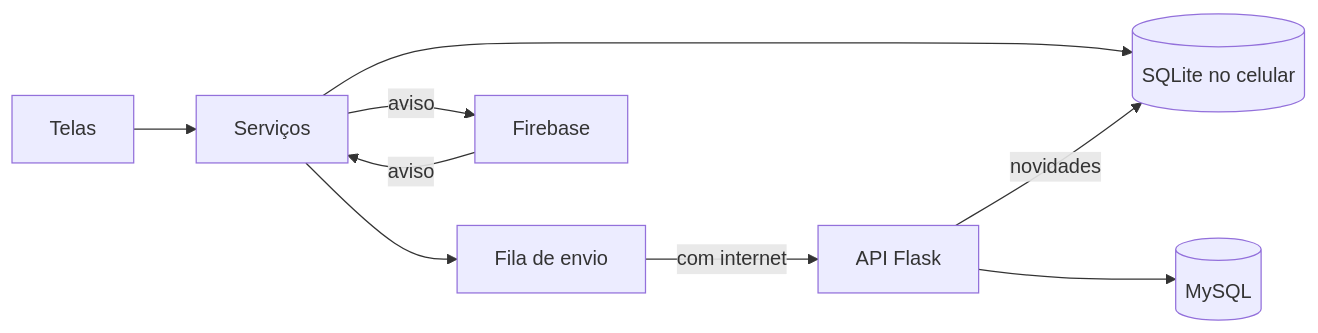
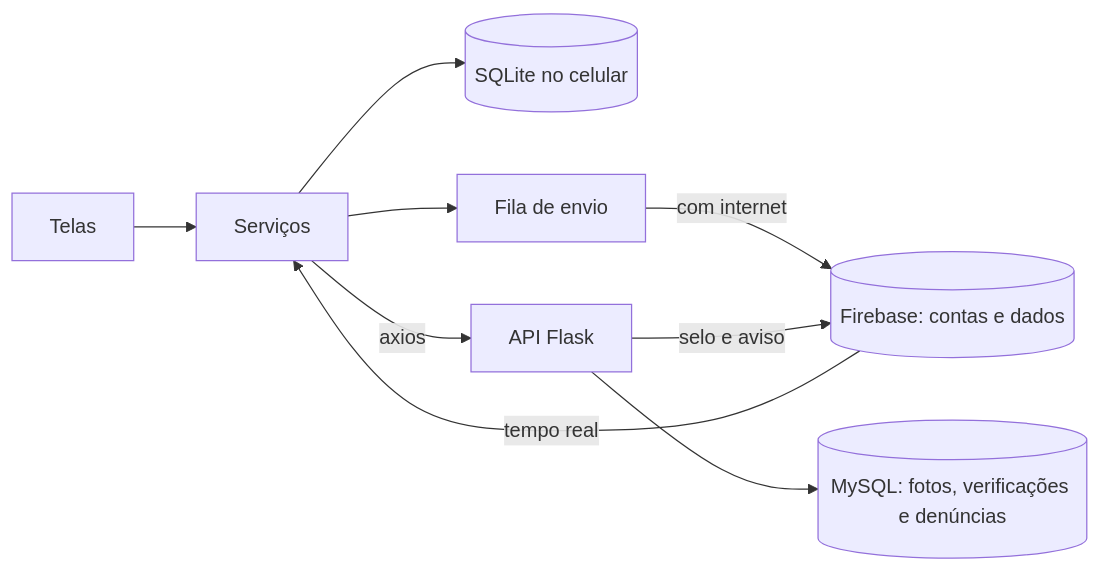
Before and after one commit to Paulo0332/InfoAbrigo: the diagram in README.md, drawn with Mermaid. The commit also changed other lines of this file and 16 other files, not shown here.

````diff
--- a/README.md
+++ b/README.md
@@ -88,11 +38,11 @@
 ```mermaid
 flowchart LR
     T[Telas] --> S[Serviços]
     S --> L[(SQLite no celular)]
     S --> F[Fila de envio]
-    F -->|com internet| A[API Flask]
-    A --> M[(MySQL)]
-    A -->|novidades| L
-    S -->|aviso| R[Firebase]
-    R -->|aviso| S
+    F -->|com internet| R[(Firebase: contas e dados)]
+    R -->|tempo real| S
+    S -->|axios| A[API Flask]
+    A --> M[(MySQL: fotos, verificações e denúncias)]
+    A -->|selo e aviso| R
 ```
````
